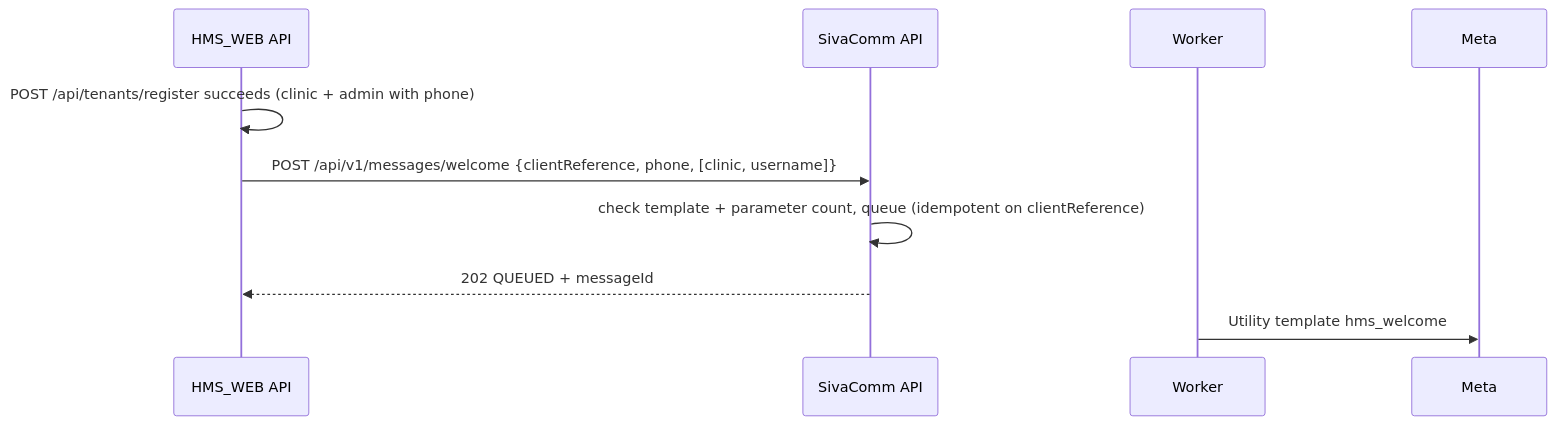
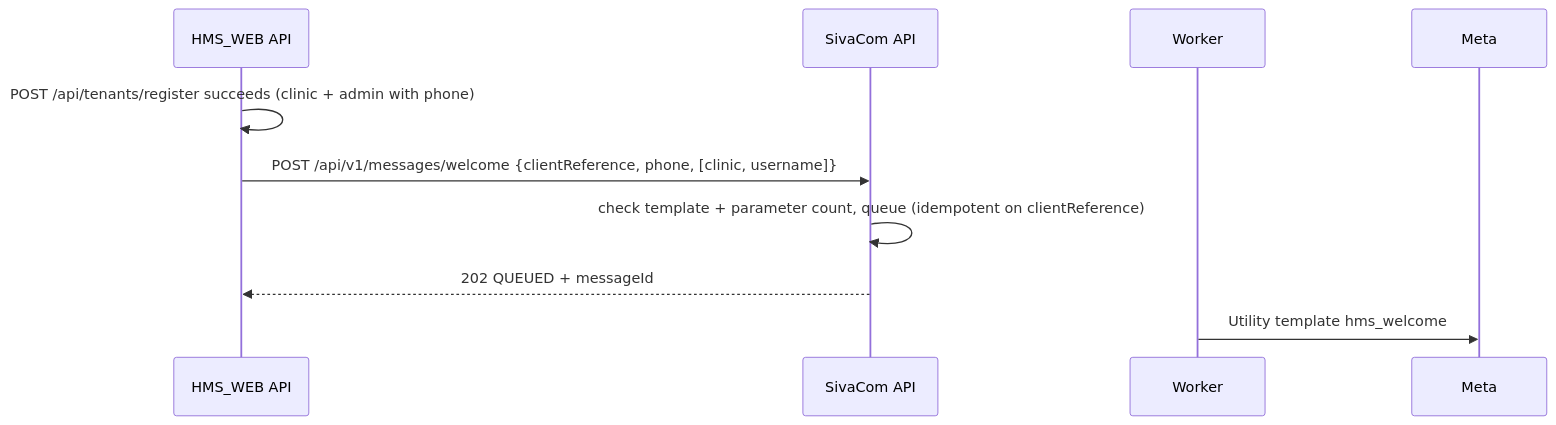
The third of 4 diagrams in docs/GUIDE.md (yugandharsimhadri/SivaComm), drawn with Mermaid before and after one commit. The commit also changed other lines of this file and 127 other files, not shown here.

First line of the commit message:
Rename SivaComm to SivaCom everywhere except the database user

````diff
--- a/docs/GUIDE.md
+++ b/docs/GUIDE.md
@@ -198,12 +198,12 @@
 ```mermaid
 sequenceDiagram
     participant H as HMS_WEB API
-    participant S as SivaComm API
+    participant S as SivaCom API
     participant W as Worker
     participant M as Meta
     H->>H: POST /api/tenants/register succeeds (clinic + admin with phone)
     H->>S: POST /api/v1/messages/welcome {clientReference, phone, [clinic, username]}
     S->>S: check template + parameter count, queue (idempotent on clientReference)
     S-->>H: 202 QUEUED + messageId
     W->>M: Utility template hms_welcome
 ```
````
